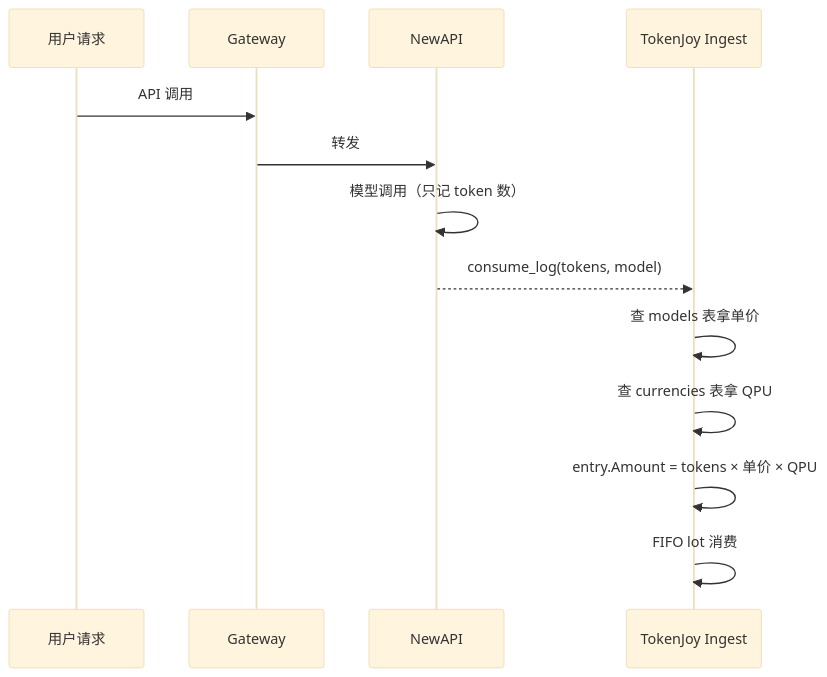
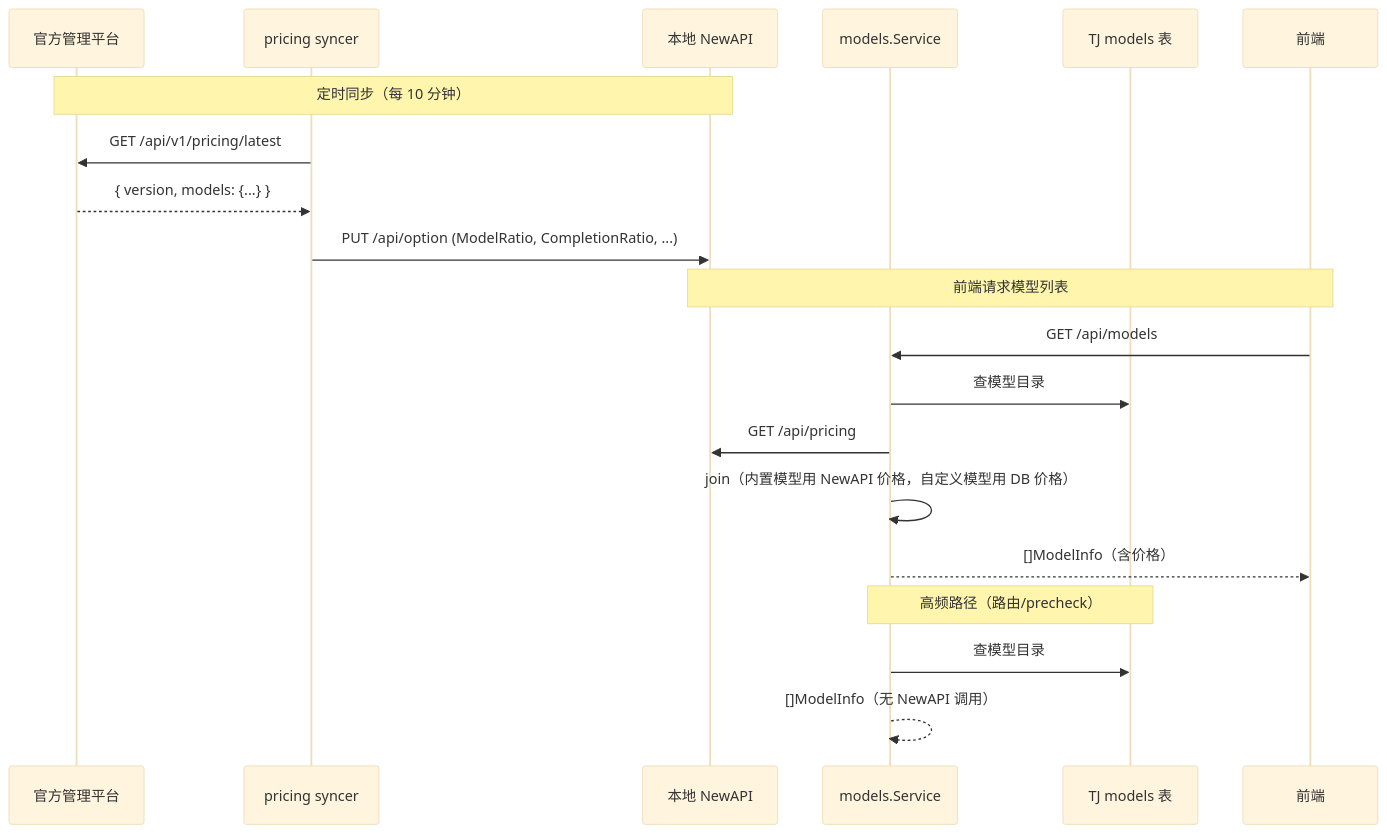
Before and after one commit to quyip8818/mytokenjoy: the diagram in docs/plan/pricing-architecture-unification.md, drawn with Mermaid (base theme). The commit also changed other lines of this file and 1 other file, not shown here.

Commit message:
update pricing

````diff
--- a/docs/plan/pricing-architecture-unification.md
+++ b/docs/plan/pricing-architecture-unification.md
@@ -32,16 +96,25 @@
 ```mermaid
 sequenceDiagram
-    participant User as 用户请求
-    participant GW as Gateway
-    participant NA as NewAPI
-    participant TJ as TokenJoy Ingest
+    participant Platform as 官方管理平台
+    participant Syncer as pricing syncer
+    participant NA as 本地 NewAPI
+    participant S as models.Service
+    participant DB as TJ models 表
+    participant FE as 前端
 
-    User->>GW: API 调用
-    GW->>NA: 转发
-    NA->>NA: 模型调用（只记 token 数）
-    NA-->>TJ: consume_log(tokens, model)
-    TJ->>TJ: 查 models 表拿单价
-    TJ->>TJ: 查 currencies 表拿 QPU
-    TJ->>TJ: entry.Amount = tokens × 单价 × QPU
-    TJ->>TJ: FIFO lot 消费
+    Note over Platform,NA: 定时同步（每 10 分钟）
+    Syncer->>Platform: GET /api/v1/pricing/latest
+    Platform-->>Syncer: { version, models: {...} }
+    Syncer->>NA: PUT /api/option (ModelRatio, CompletionRatio, ...)
+
+    Note over FE,NA: 前端请求模型列表
+    FE->>S: GET /api/models
+    S->>DB: 查模型目录
+    S->>NA: GET /api/pricing
+    S->>S: join（内置模型用 NewAPI 价格，自定义模型用 DB 价格）
+    S-->>FE: []ModelInfo（含价格）
+
+    Note over S,DB: 高频路径（路由/precheck）
+    S->>DB: 查模型目录
+    S-->>S: []ModelInfo（无 NewAPI 调用）
 ```
````
